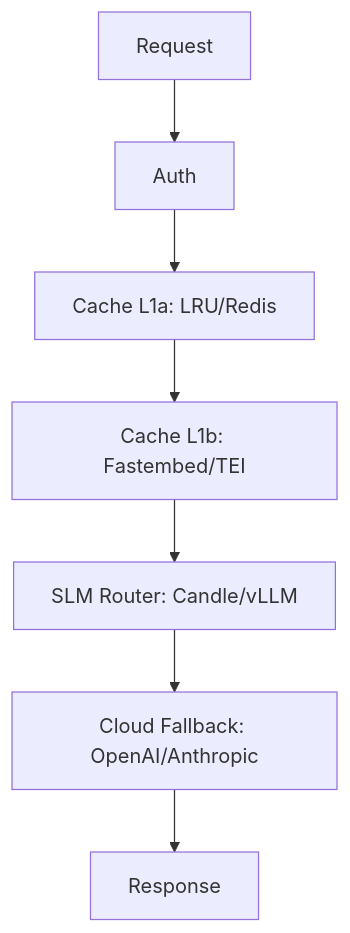
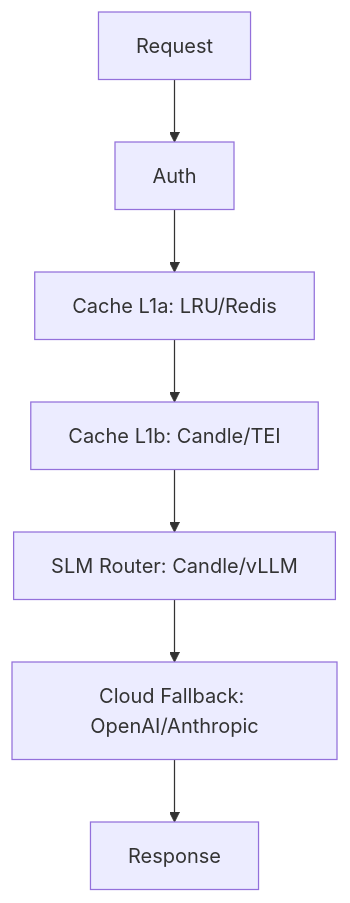
One commit to mattmillartech/Isartor changed the diagram in docs/2-ARCHITECTURE.md. Above: the diagram before and after it, drawn with Mermaid. The commit also changed other lines of this file and 30 other files, not shown here.

Commit message:
Migrate sentence embedding to pure-Rust candle implementation; remove ONNX/fastembed; update docs and tests

````diff
--- a/docs/2-ARCHITECTURE.md
+++ b/docs/2-ARCHITECTURE.md
@@ -29,9 +54,9 @@
 ```mermaid
 flowchart TD
     A[Request] --> B[Auth]
     B --> C[Cache L1a: LRU/Redis]
-    C --> D[Cache L1b: Fastembed/TEI]
+    C --> D[Cache L1b: Candle/TEI]
     D --> E[SLM Router: Candle/vLLM]
     E --> F[Cloud Fallback: OpenAI/Anthropic]
     F --> G[Response]
 ```
````
